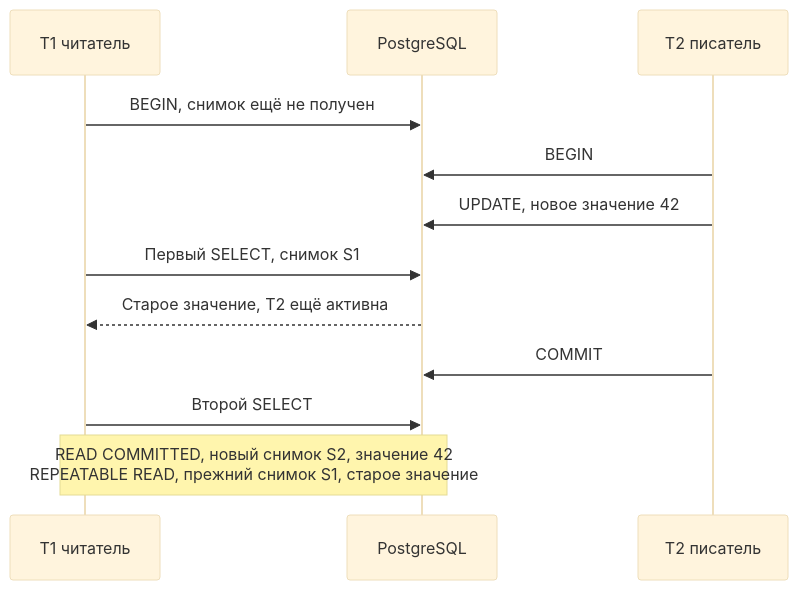
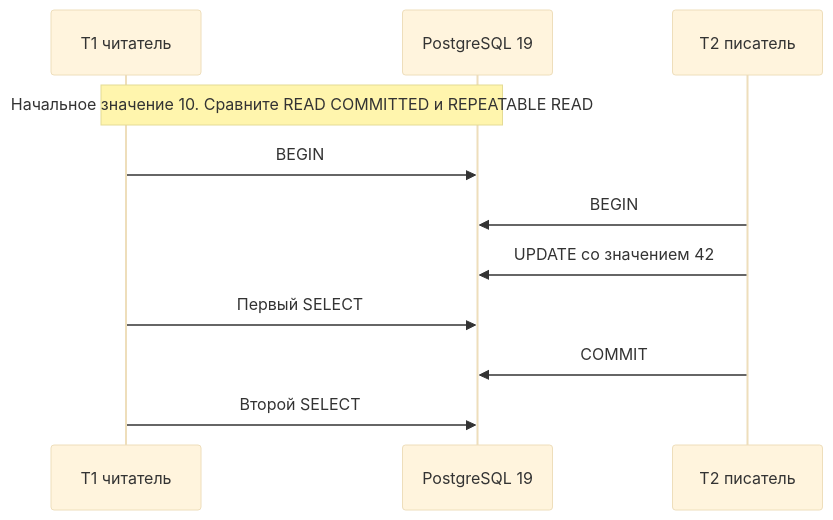
One commit to akeverus/cheat-sheet changed the third of 7 diagrams in cheatsheets/interview/databases/database-transactions-interview.md. Above: the diagram before and after it, drawn with Mermaid (base theme). The commit also changed other lines of this file and 2 other files, not shown here.

````diff
--- a/cheatsheets/interview/databases/database-transactions-interview.md
+++ b/cheatsheets/interview/databases/database-transactions-interview.md
@@ -328,15 +329,13 @@
 ```mermaid
 sequenceDiagram
     participant T1 as T1 читатель
-    participant DB as PostgreSQL
+    participant DB as PostgreSQL 19
     participant T2 as T2 писатель
-
-    T1->>DB: BEGIN, снимок ещё не получен
+    Note over T1,DB: Начальное значение 10. Сравните READ COMMITTED и REPEATABLE READ
+    T1->>DB: BEGIN
     T2->>DB: BEGIN
-    T2->>DB: UPDATE, новое значение 42
-    T1->>DB: Первый SELECT, снимок S1
-    DB-->>T1: Старое значение, T2 ещё активна
+    T2->>DB: UPDATE со значением 42
+    T1->>DB: Первый SELECT
     T2->>DB: COMMIT
     T1->>DB: Второй SELECT
-    Note over T1,DB: READ COMMITTED, новый снимок S2, значение 42<br/>REPEATABLE READ, прежний снимок S1, старое значение
 ```
````
